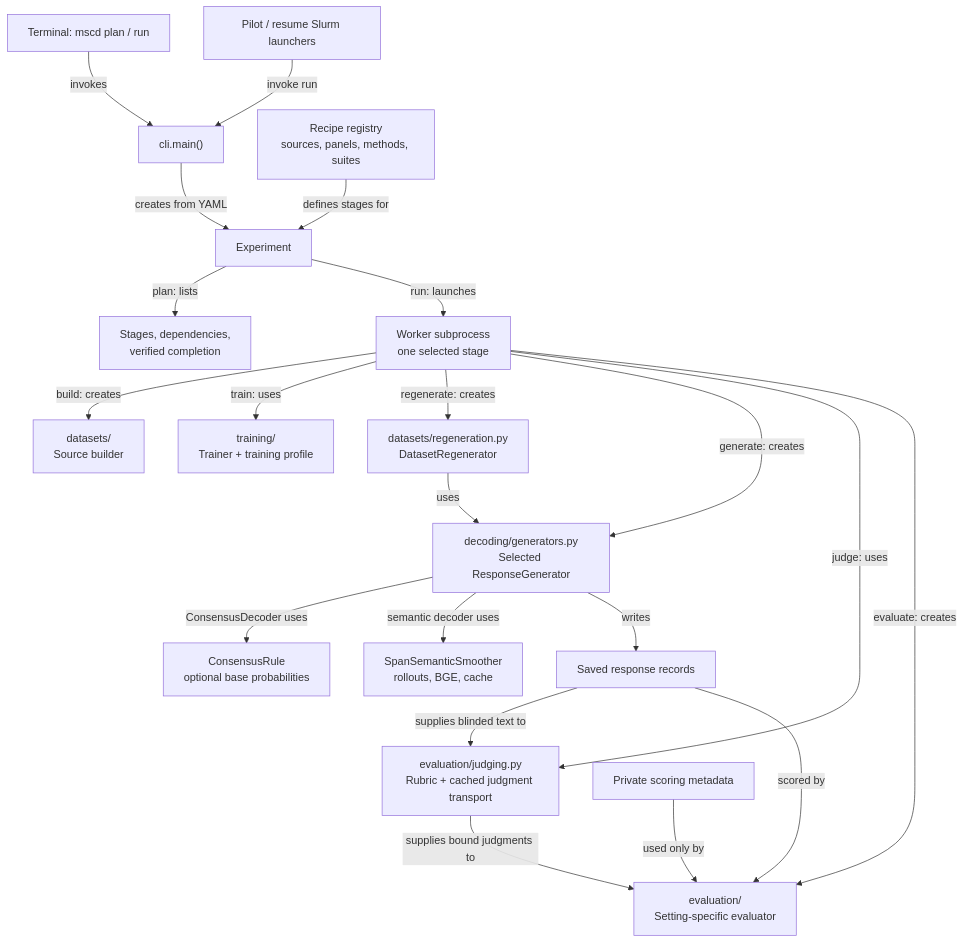
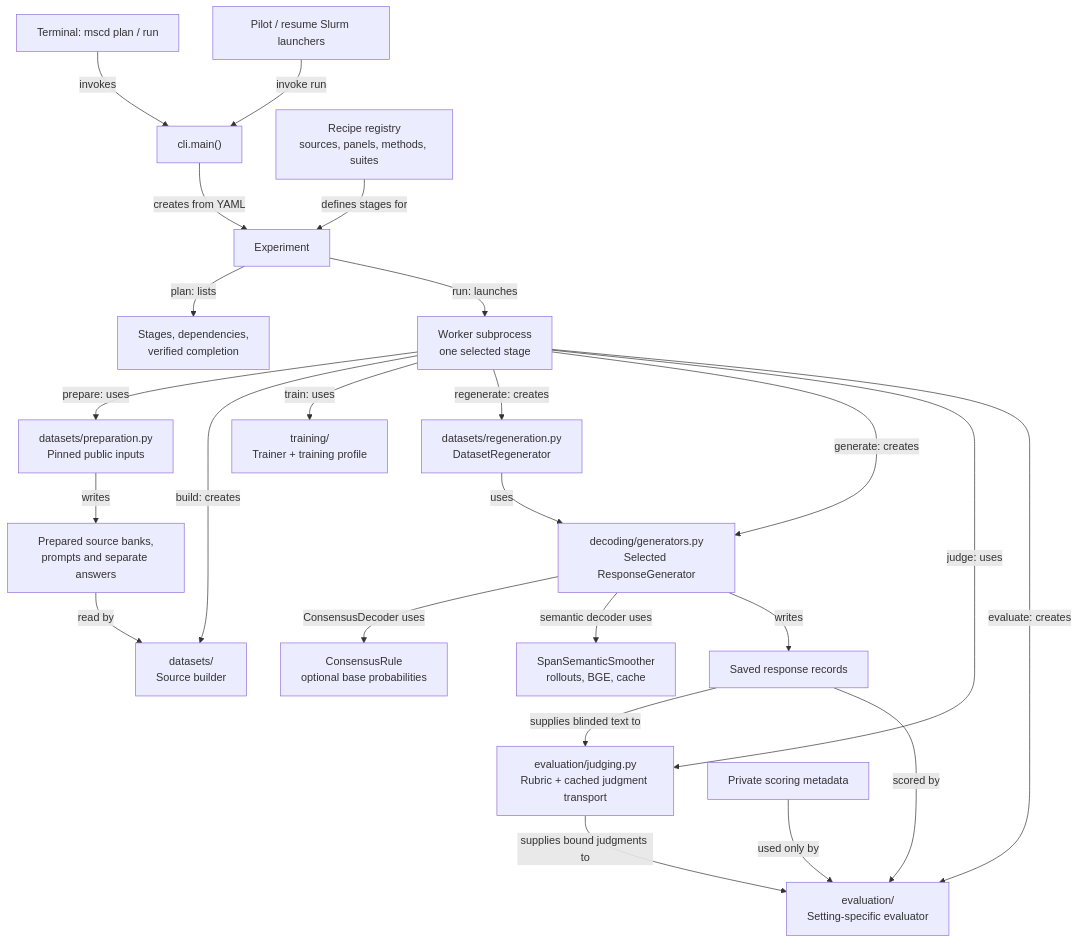
Before and after one commit to ArtinTD/subliminal-mitigate: the diagram in README.md, drawn with Mermaid. The commit also changed other lines of this file and 30 other files, not shown here.

Commit message:
Connect fresh MSCD workflows to public inputs and source construction

````diff
--- a/README.md
+++ b/README.md
@@ -64,23 +65,26 @@
 ```mermaid
 flowchart TB
     Terminal["Terminal: mscd plan / run"] -->|invokes| CLI["cli.main()"]
     Slurm["Pilot / resume Slurm launchers"] -->|invoke run| CLI
     CLI -->|creates from YAML| Experiment["Experiment"]
     Recipe["Recipe registry<br/>sources, panels, methods, suites"] -->|defines stages for| Experiment
     Experiment -->|plan: lists| Preview["Stages, dependencies,<br/>verified completion"]
     Experiment -->|run: launches| Worker["Worker subprocess<br/>one selected stage"]
+    Worker -->|prepare: uses| Preparation["datasets/preparation.py<br/>Pinned public inputs"]
+    Preparation -->|writes| Inputs["Prepared source banks,<br/>prompts and separate answers"]
+    Inputs -->|read by| Builder
     Worker -->|build: creates| Builder["datasets/<br/>Source builder"]
     Worker -->|train: uses| Trainer["training/<br/>Trainer + training profile"]
     Worker -->|regenerate: creates| Regen["datasets/regeneration.py<br/>DatasetRegenerator"]
     Worker -->|generate: creates| Generator["decoding/generators.py<br/>Selected ResponseGenerator"]
     Regen -->|uses| Generator
     Generator -->|ConsensusDecoder uses| Rule["ConsensusRule<br/>optional base probabilities"]
     Generator -->|semantic decoder uses| Smoothing["SpanSemanticSmoother<br/>rollouts, BGE, cache"]
     Generator -->|writes| Responses["Saved response records"]
     Worker -->|judge: uses| Judge["evaluation/judging.py<br/>Rubric + cached judgment transport"]
     Responses -->|supplies blinded text to| Judge
     Worker -->|evaluate: creates| Evaluator["evaluation/<br/>Setting-specific evaluator"]
     Responses -->|scored by| Evaluator
     Judge -->|supplies bound judgments to| Evaluator
     Labels["Private scoring metadata"] -->|used only by| Evaluator
 ```
````
